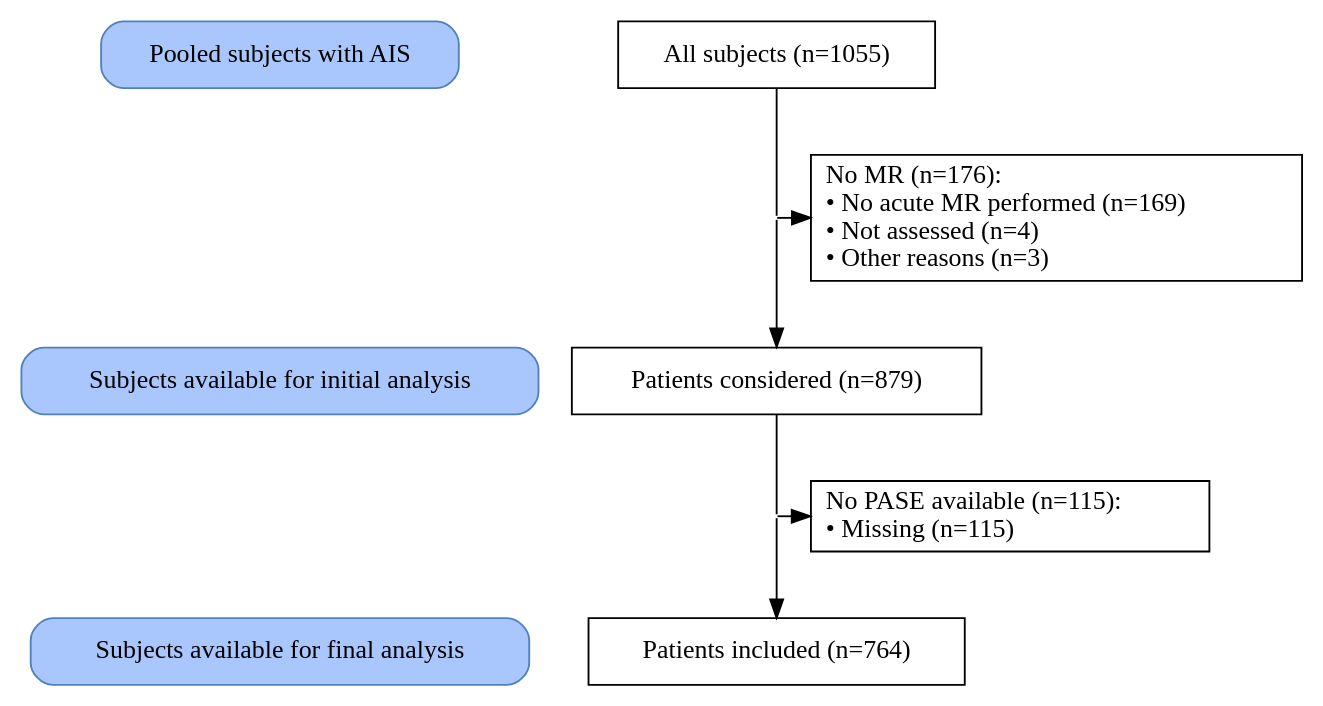
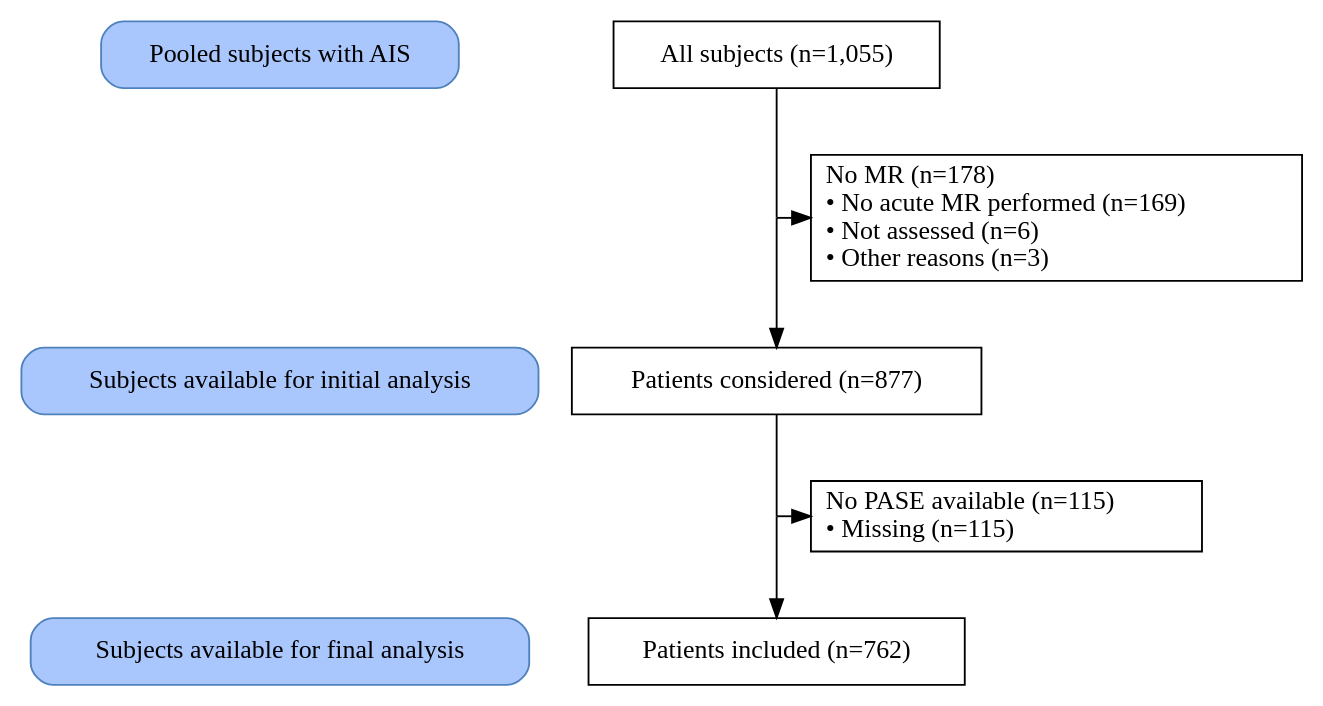
Before and after one commit to agdamsbo/svd-modification: the diagram in images/flow_main.dot, drawn with Graphviz. The commit also changed 157 other files, not shown here.

```diff
--- a/images/flow_main.dot
+++ b/images/flow_main.dot
@@ -1,56 +1,57 @@
 digraph consort_diagram {
-  graph [layout = dot]
+  graph [layout = dot, splines=ortho]
 
 node [shape = rectangle, style = "rounded,filled", fillcolor = "#A9C7FD" color = "#4F81BD"]
 label6 [label = "Pooled subjects with AIS"]
 label7 [label = "Subjects available for initial analysis"]
 label8 [label = "Subjects available for final analysis"]
 
 
 edge[style=invis];
 label6 -> label7 -> label8;
 
 
 # node definitions with substituted label text
   node [shape = rectangle, fillcolor = Biege, style="", fillcolor = "", color = ""]
 
-node1 [label = "All subjects (n=1055)"]
-node2 [label = "No MR (n=176):\l• No acute MR performed (n=169)\l• Not assessed (n=4)\l• Other reasons (n=3)\l"]
-node3 [label = "Patients considered (n=879)"]
-node4 [label = "No PASE available (n=115):\l• Missing (n=115)\l"]
-node5 [label = "Patients included (n=764)"]
+node1 [label = "All subjects (n=1,055)" group=A1]
+node2 [label = "No MR (n=178)\l• No acute MR performed (n=169)\l• Not assessed (n=6)\l• Other reasons (n=3)\l"]
+node3 [label = "Patients considered (n=877)" group=A1]
+node4 [label = "No PASE available (n=115)\l• Missing (n=115)\l"]
+node5 [label = "Patients included (n=762)" group=A1]
 
 
 ## Invisible point node for joints
 
-node [shape = point, width = 0]
+node [shape = point, width = 0, style=invis]
 
-P1 P2
+P1 [group=A1]
+P2 [group=A1]
 
 subgraph {
   rank = same; rankdir = LR; label6;  node1;
   }
 subgraph {
   rank = same; rankdir = LR; P1; node2;
   }
 subgraph {
   rank = same; rankdir = LR; label7;  node3;
   }
 subgraph {
   rank = same; rankdir = LR; P2; node4;
   }
 subgraph {
   rank = same; rankdir = LR; label8; node5;
   }
 
 edge[style=""];
 
 node1 -> P1 [arrowhead = none];
 P1 -> node2;
 P1 -> node3;
 node3 -> P2 [arrowhead = none];
 P2 -> node4;
 P2 -> node5;
 
 
 }
```
